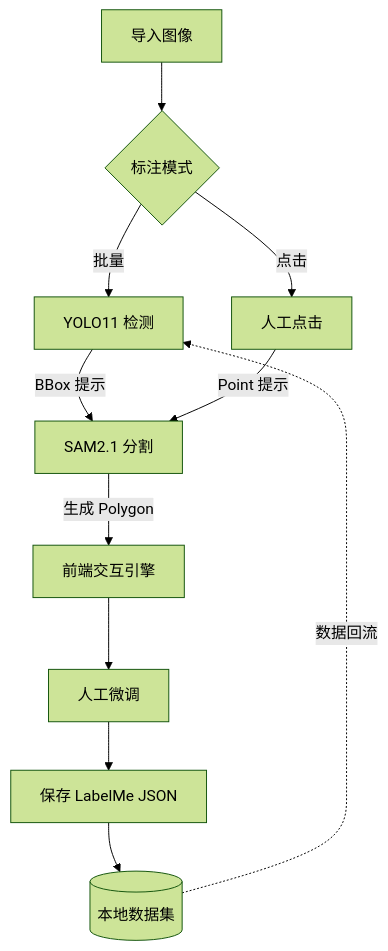
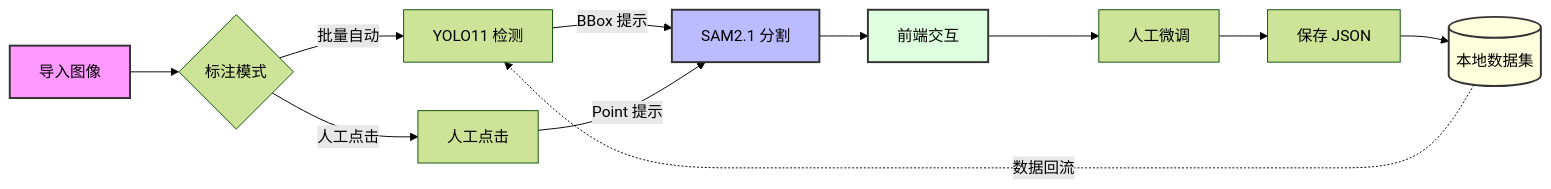
One commit to Kan9C00L/water-gauge-annotator changed the first of 2 diagrams in README.md. Above: the diagram before and after it, drawn with Mermaid (forest theme). The commit also changed other lines of this file, not shown here.

````diff
--- a/README.md
+++ b/README.md
@@ -7,13 +7,22 @@
 ```mermaid
-graph TD
+graph LR
     A[导入图像] --> B{标注模式}
-    B -->|批量| C[YOLO11 检测]
-    B -->|点击| D[人工点击]
+    
+    B -->|批量自动| C[YOLO11 检测]
+    B -->|人工点击| D[人工点击]
+    
     C -->|BBox 提示| E[SAM2.1 分割]
     D -->|Point 提示| E
-    E -->|生成 Polygon| F[前端交互引擎]
+    
+    E --> F[前端交互]
     F --> G[人工微调]
-    G --> H[保存 LabelMe JSON]
+    G --> H[保存 JSON]
+    
     H --> I[(本地数据集)]
     I -. 数据回流 .-> C
+
+    style A fill:#f9f,stroke:#333,stroke-width:2px
+    style E fill:#bbf,stroke:#333,stroke-width:2px
+    style F fill:#dfd,stroke:#333,stroke-width:2px
+    style I fill:#ffd,stroke:#333,stroke-width:2px
 ```
````
